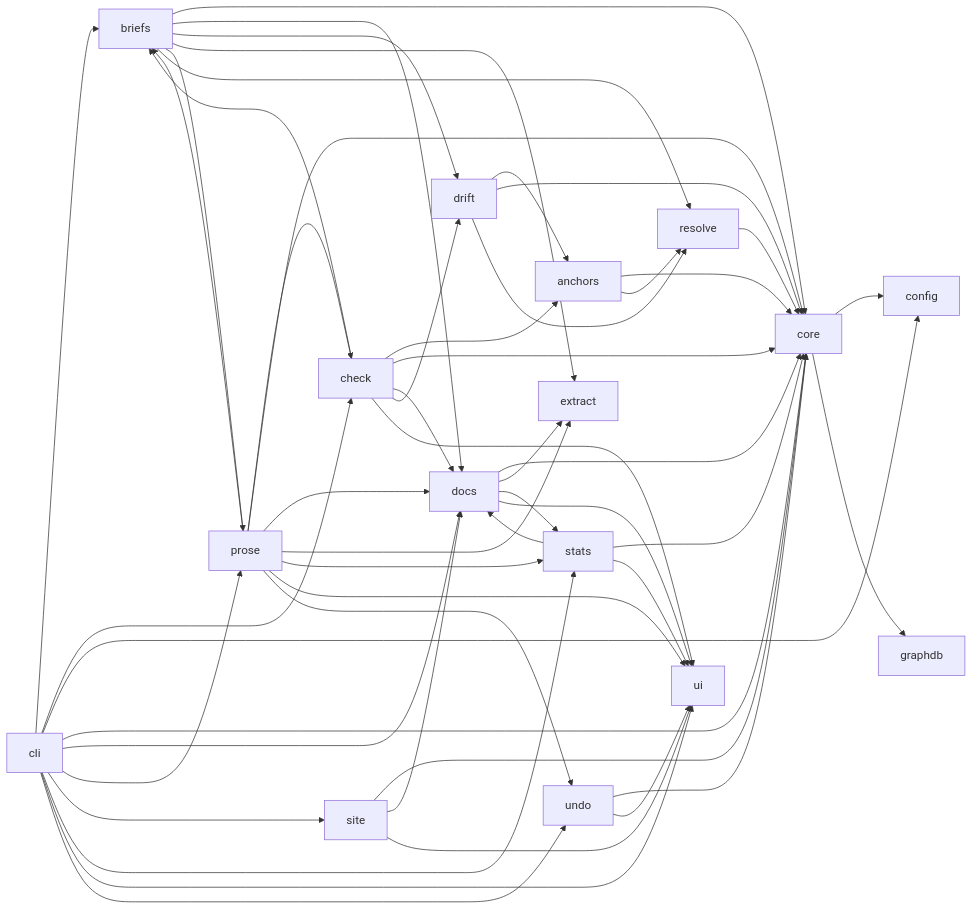
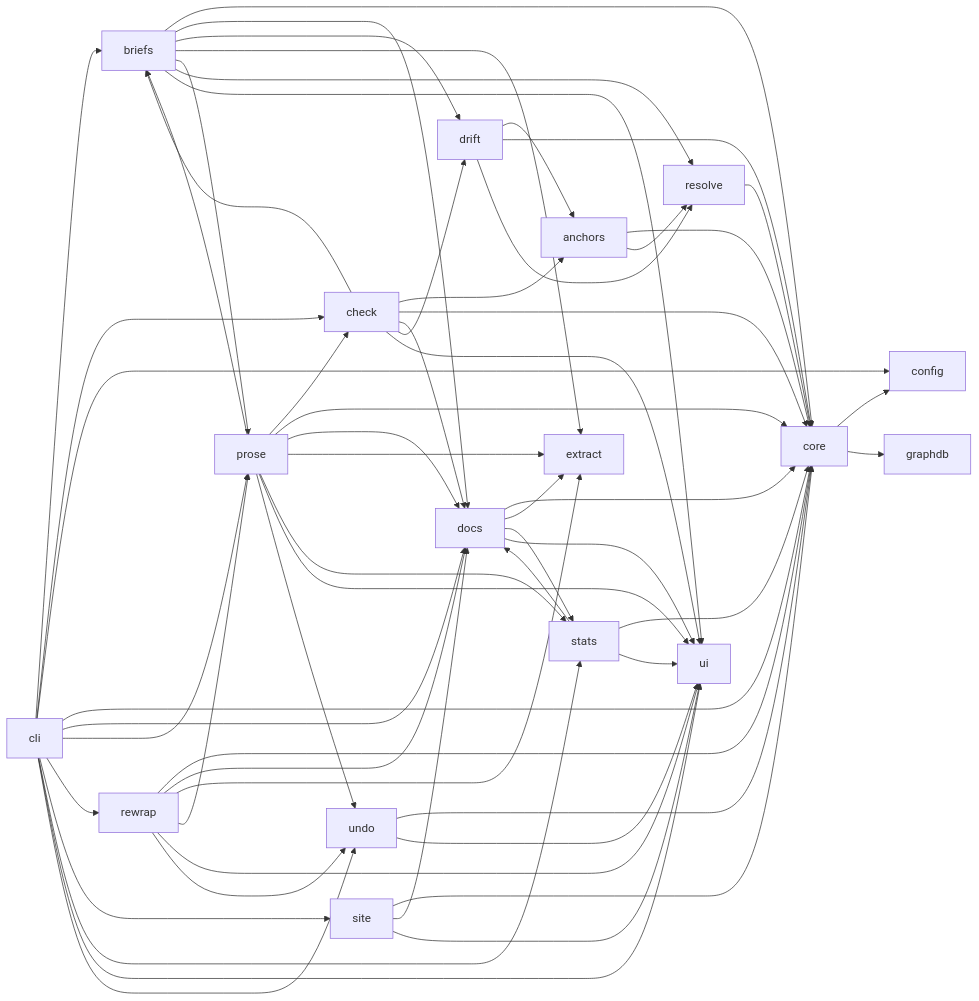
Before and after one commit to aseemchopra25/documate: the diagram in docs/ARCHITECTURE.md, drawn with Mermaid. The commit also changed other lines of this file and 20 other files, not shown here.

````diff
--- a/docs/ARCHITECTURE.md
+++ b/docs/ARCHITECTURE.md
@@ -6,53 +6,61 @@
 ```mermaid
 flowchart LR
   anchors --> core
   anchors --> resolve
   briefs --> core
   briefs --> docs
   briefs --> drift
   briefs --> extract
   briefs --> prose
   briefs --> resolve
+  briefs --> ui
   check --> anchors
   check --> briefs
   check --> core
   check --> docs
   check --> drift
   check --> ui
   cli --> briefs
   cli --> check
   cli --> config
   cli --> core
   cli --> docs
   cli --> prose
+  cli --> rewrap
   cli --> site
   cli --> stats
   cli --> ui
   cli --> undo
   core --> config
   core --> graphdb
   docs --> core
   docs --> extract
   docs --> stats
   docs --> ui
   drift --> anchors
   drift --> core
   drift --> resolve
   prose --> briefs
   prose --> check
   prose --> core
   prose --> docs
   prose --> extract
   prose --> stats
   prose --> ui
   prose --> undo
   resolve --> core
+  rewrap --> core
+  rewrap --> docs
+  rewrap --> extract
+  rewrap --> prose
+  rewrap --> ui
+  rewrap --> undo
   site --> core
   site --> docs
   site --> ui
   stats --> core
   stats --> docs
   stats --> ui
   undo --> core
   undo --> ui
 ```
````
